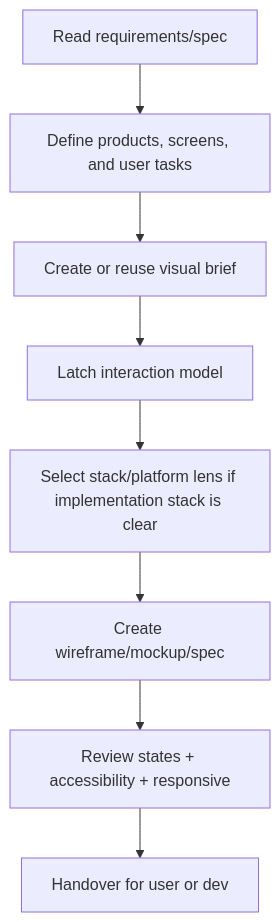
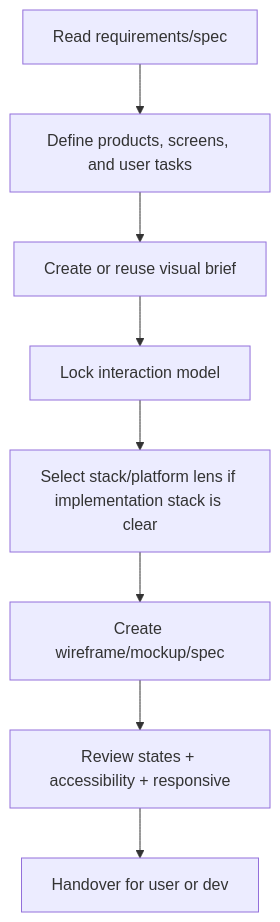
Before and after one commit to nguyenphat57/forge: the diagram in packages/forge-core/workflows/design/visualize.md, drawn with Mermaid. The commit also changed 59 other files, not shown here.

````diff
--- a/packages/forge-core/workflows/design/visualize.md
+++ b/packages/forge-core/workflows/design/visualize.md
@@ -56,10 +56,10 @@
 ```mermaid
 flowchart TD
     A[Read requirements/spec] --> B[Define products, screens, and user tasks]
     B --> C[Create or reuse visual brief]
-    C --> D[Latch interaction model]
+    C --> D[Lock interaction model]
     D --> E[Select stack/platform lens if implementation stack is clear]
     E --> F[Create wireframe/mockup/spec]
     F --> G[Review states + accessibility + responsive]
     G --> H[Handover for user or dev]
 ```
````
